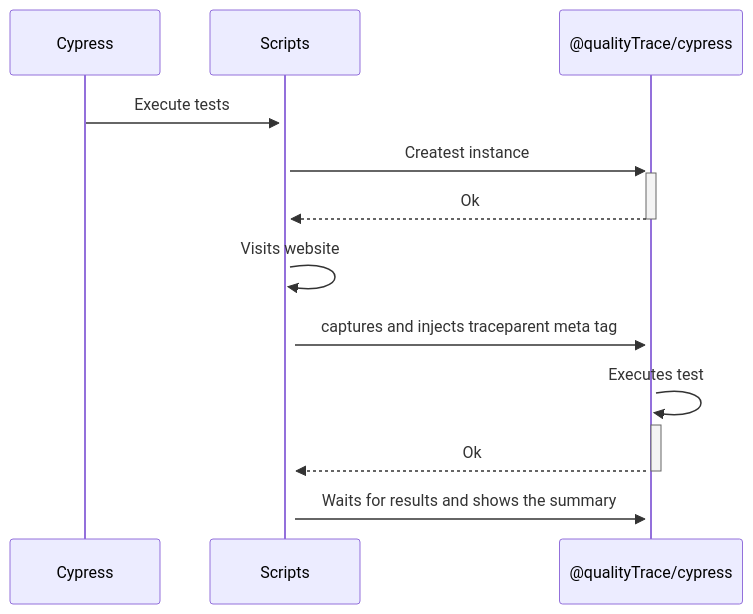
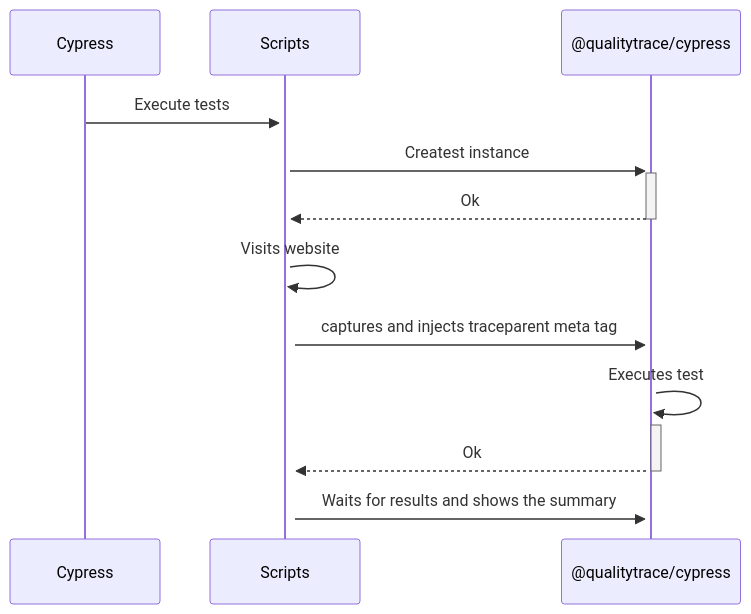
Before and after one commit to intelops/qualitytrace: the diagram in docs/docs/tools-and-integrations/cypress.mdx, drawn with Mermaid. The commit also changed other lines of this file and 810 other files, not shown here.

Commit message:
fix: name change from qualityTrace to qualitytrace

````diff
--- a/docs/docs/tools-and-integrations/cypress.mdx
+++ b/docs/docs/tools-and-integrations/cypress.mdx
@@ -37,11 +37,11 @@
 ```mermaid
 sequenceDiagram
   Cypress->>+Scripts: Execute tests
-  Scripts->>+@qualityTrace/cypress: Createst instance
-  @qualityTrace/cypress-->>-Scripts: Ok
+  Scripts->>+@qualitytrace/cypress: Createst instance
+  @qualitytrace/cypress-->>-Scripts: Ok
   Scripts->>+Scripts: Visits website
-  Scripts->>+@qualityTrace/cypress: captures and injects traceparent meta tag
-  @qualityTrace/cypress->>+@qualityTrace/cypress: Executes test
-  @qualityTrace/cypress-->>-Scripts: Ok
-  Scripts->>@qualityTrace/cypress: Waits for results and shows the summary
+  Scripts->>+@qualitytrace/cypress: captures and injects traceparent meta tag
+  @qualitytrace/cypress->>+@qualitytrace/cypress: Executes test
+  @qualitytrace/cypress-->>-Scripts: Ok
+  Scripts->>@qualitytrace/cypress: Waits for results and shows the summary
 ```
````
